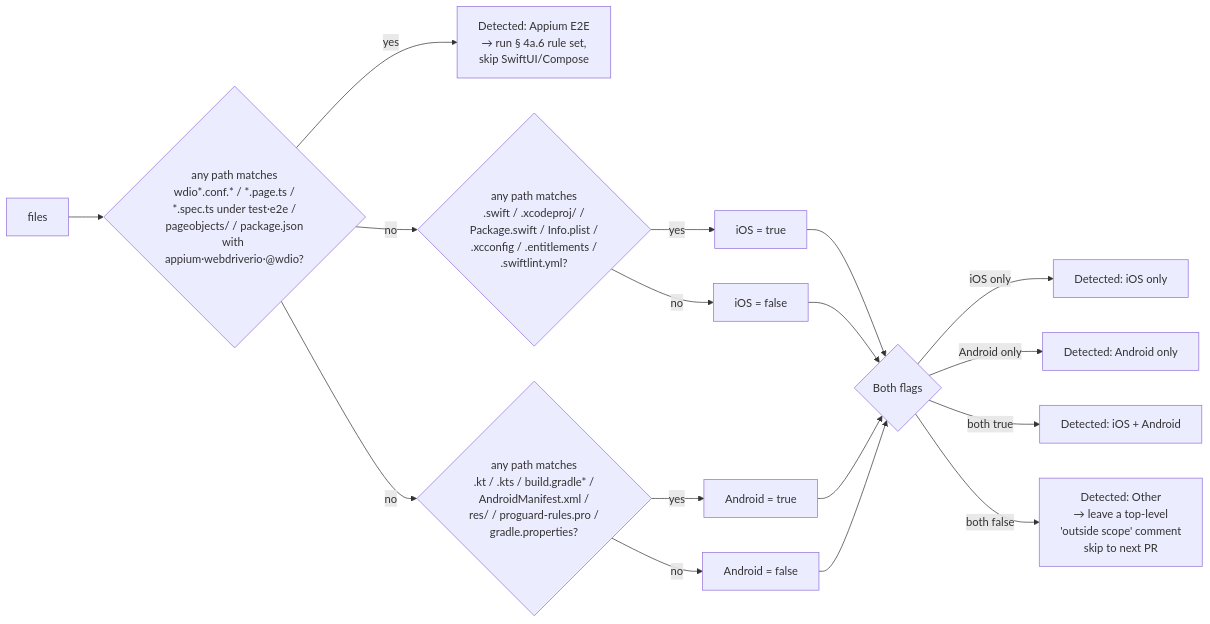
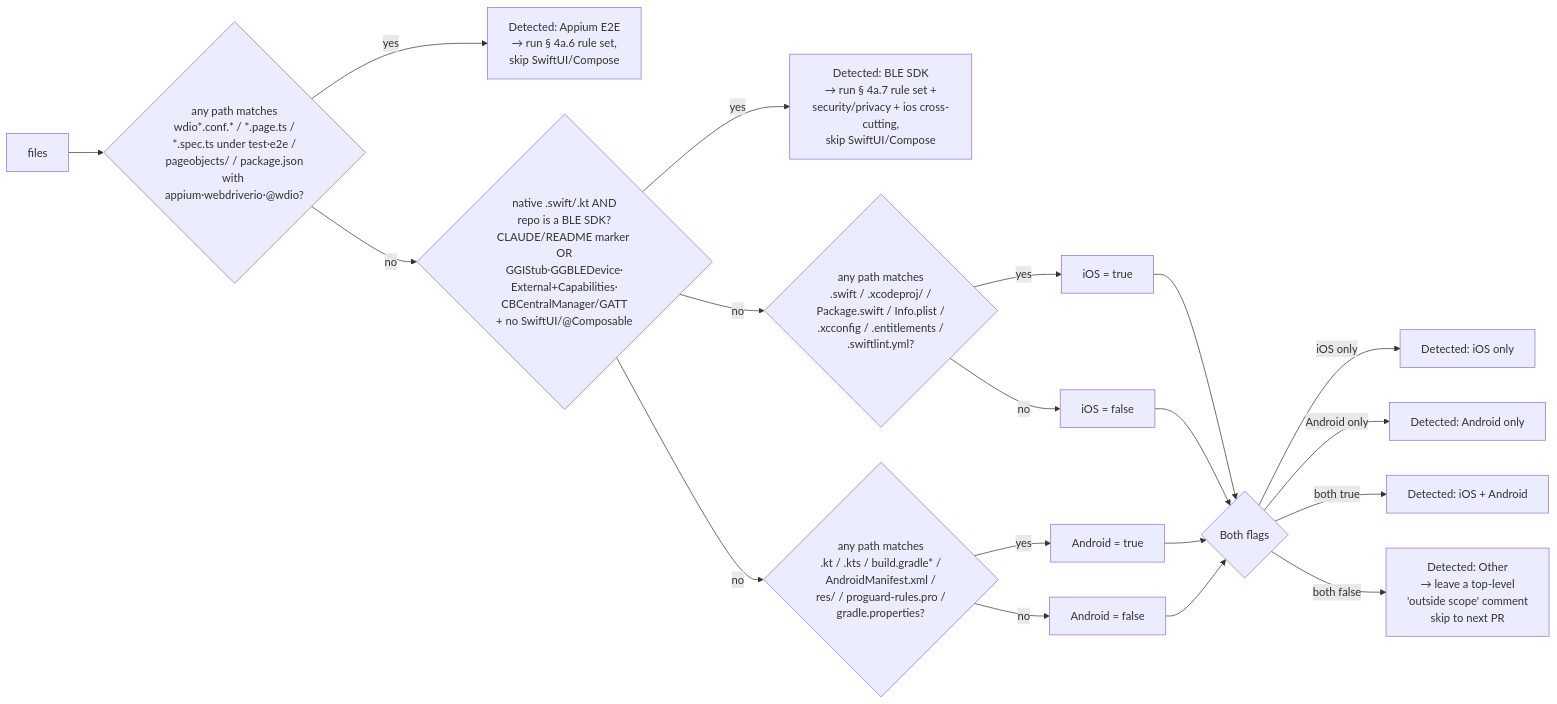
Before and after one commit to pkesavangg/pr-review-skills: the third of 15 diagrams in HOW-IT-WORKS.md, drawn with Mermaid. The commit also changed other lines of this file and 9 other files, not shown here.

````diff
--- a/HOW-IT-WORKS.md
+++ b/HOW-IT-WORKS.md
@@ -126,22 +126,24 @@
 ```mermaid
 flowchart LR
     F[files] --> CheckAppium{any path matches<br/>wdio*.conf.* / *.page.ts /<br/>*.spec.ts under test·e2e /<br/>pageobjects/ / package.json<br/>with appium·webdriverio·@wdio?}
     CheckAppium -- yes --> AppiumOut[Detected: Appium E2E<br/>→ run § 4a.6 rule set,<br/>skip SwiftUI/Compose]
-    CheckAppium -- no --> CheckIOS{any path matches<br/>.swift / .xcodeproj/ /<br/>Package.swift / Info.plist /<br/>.xcconfig / .entitlements /<br/>.swiftlint.yml?}
+    CheckAppium -- no --> CheckSDK{native .swift/.kt AND<br/>repo is a BLE SDK?<br/>CLAUDE/README marker OR<br/>GGIStub·GGBLEDevice·<br/>External+Capabilities·<br/>CBCentralManager/GATT<br/>+ no SwiftUI/@Composable}
+    CheckSDK -- yes --> SDKOut[Detected: BLE SDK<br/>→ run § 4a.7 rule set +<br/>security/privacy + ios cross-cutting,<br/>skip SwiftUI/Compose]
+    CheckSDK -- no --> CheckIOS{any path matches<br/>.swift / .xcodeproj/ /<br/>Package.swift / Info.plist /<br/>.xcconfig / .entitlements /<br/>.swiftlint.yml?}
     CheckIOS -- yes --> iOS[iOS = true]
     CheckIOS -- no --> NoIOS[iOS = false]
 
-    CheckAppium -- no --> CheckAnd{any path matches<br/>.kt / .kts / build.gradle* /<br/>AndroidManifest.xml /<br/>res/ / proguard-rules.pro /<br/>gradle.properties?}
+    CheckSDK -- no --> CheckAnd{any path matches<br/>.kt / .kts / build.gradle* /<br/>AndroidManifest.xml /<br/>res/ / proguard-rules.pro /<br/>gradle.properties?}
     CheckAnd -- yes --> And[Android = true]
     CheckAnd -- no --> NoAnd[Android = false]
 
     iOS --> Combine
     NoIOS --> Combine
     And --> Combine
     NoAnd --> Combine
 
     Combine{Both flags} -- iOS only --> Out1[Detected: iOS only]
     Combine -- Android only --> Out2[Detected: Android only]
     Combine -- both true --> Out3[Detected: iOS + Android]
     Combine -- both false --> Out4[Detected: Other<br/>→ leave a top-level<br/>'outside scope' comment<br/>skip to next PR]
 ```
````
